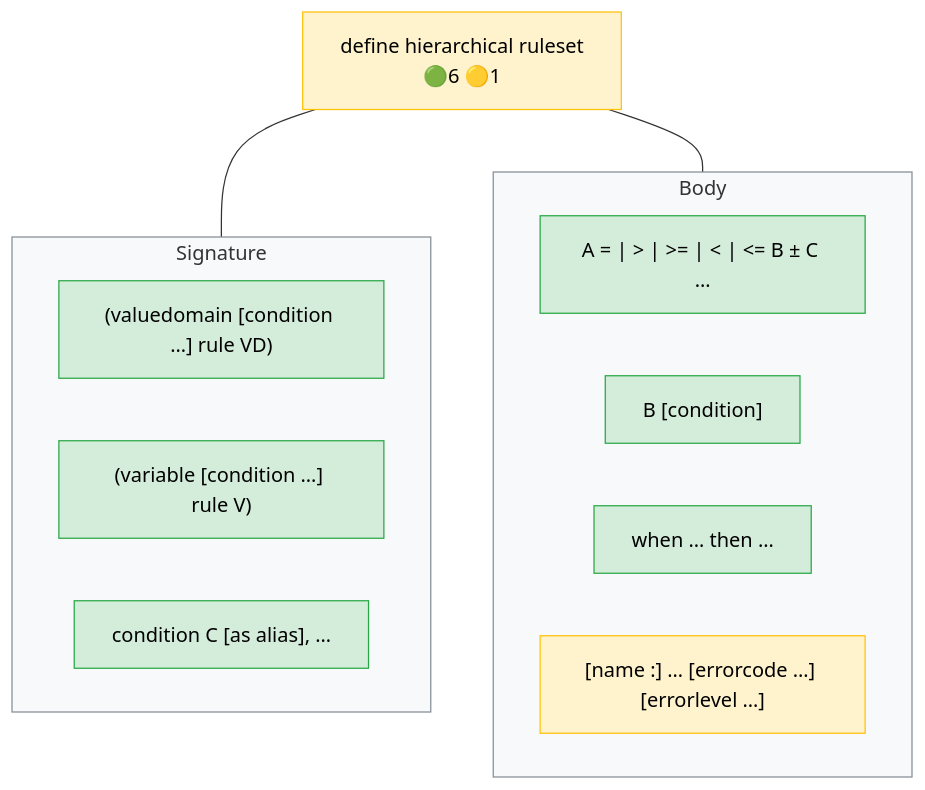
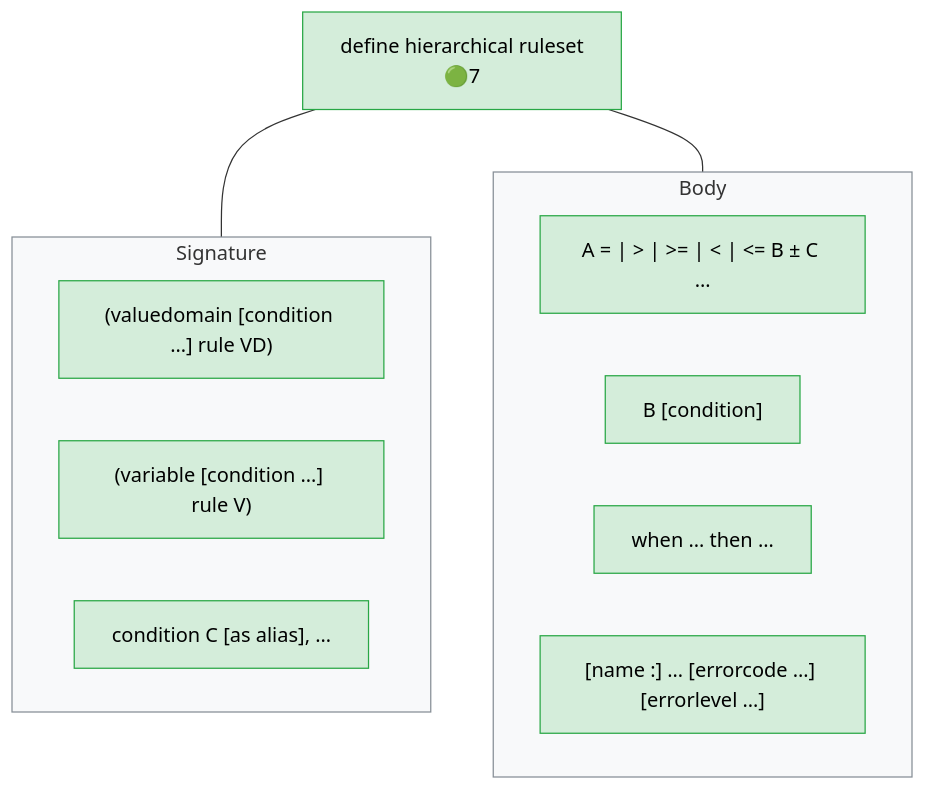
The diagram in docs/operator_map/definitions/define_hierarchical_ruleset.rst (Meaningful-Data/vtlengine), drawn with Mermaid before and after one commit. The commit also changed other lines of this file and 100 other files, not shown here.

```diff
--- a/docs/operator_map/definitions/define_hierarchical_ruleset.rst
+++ b/docs/operator_map/definitions/define_hierarchical_ruleset.rst
@@ -24,36 +24,36 @@
 .. mermaid::
    :config: {"flowchart": {"useMaxWidth": false}}
 
    flowchart TB
        classDef ok fill:#d4edda,stroke:#28a745,color:#000
        classDef partial fill:#fff3cd,stroke:#ffc107,color:#000
        classDef refused fill:#d4edda,stroke:#28a745,stroke-width:3px,stroke-dasharray: 2 2,color:#000
        classDef missing fill:#f8d7da,stroke:#dc3545,color:#000
        classDef diverge fill:#cce5ff,stroke:#007bff,color:#000
        classDef block fill:#2b3a4a,stroke:#2b3a4a,color:#fff,font-weight:bold
        classDef ext fill:#fff,stroke:#666,color:#000,stroke-dasharray: 5 5
-       O["define hierarchical ruleset<br/>🟢6 🟡1"]:::partial
+       O["define hierarchical ruleset<br/>🟢7"]:::ok
        subgraph G_b1["Signature"]
            direction LR
            v_valuedomain["(valuedomain #91;condition …#93; rule VD)"]:::ok
            v_variable["(variable #91;condition …#93; rule V)"]:::ok
            v_condition["condition C #91;as alias#93;, …"]:::ok
        end
        subgraph G_b2["Body"]
            direction LR
            v_relation["A = #124; #62; #124; #62;= #124; #60; #124; #60;= B ± C …"]:::ok
            v_item_condition["B #91;condition#93;"]:::ok
            v_conditioned_rule["when … then …"]:::ok
-           v_rule_options["#91;name :#93; … #91;errorcode …#93; #91;errorlevel …#93;"]:::partial
+           v_rule_options["#91;name :#93; … #91;errorcode …#93; #91;errorlevel …#93;"]:::ok
        end
        O --- G_b1
        O --- G_b2
        style G_b1 fill:#f8f9fa,stroke:#868e96,stroke-width:1px
        style G_b2 fill:#f8f9fa,stroke:#868e96,stroke-width:1px
        click v_valuedomain href "#form-valuedomain"
        click v_variable href "#form-variable"
        click v_condition href "#form-condition"
        click v_relation href "#form-relation"
        click v_item_condition href "#form-item-condition"
        click v_conditioned_rule href "#form-conditioned-rule"
        click v_rule_options href "#form-rule-options"
```
